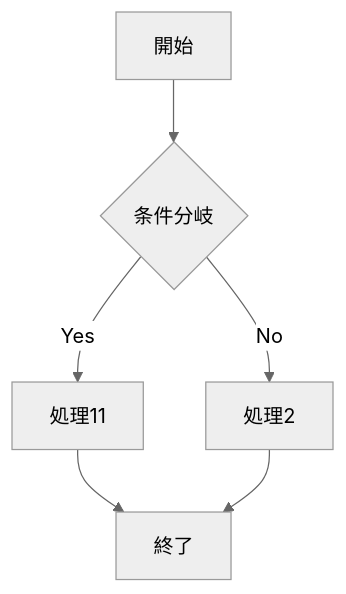
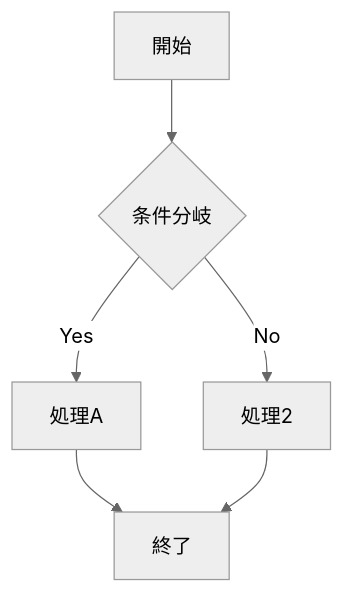
The diagram in docs/flows/example.mmd (sokokoko-git/mermaid-flows), drawn with Mermaid (neutral theme) before and after one commit.

```diff
--- a/docs/flows/example.mmd
+++ b/docs/flows/example.mmd
@@ -1,6 +1,6 @@
 flowchart TD
     A[開始] --> B{条件分岐}
-    B -->|Yes| C[処理11]
+    B -->|Yes| C[処理A]
     B -->|No| D[処理2]
     C --> E[終了]
     D --> E
```
